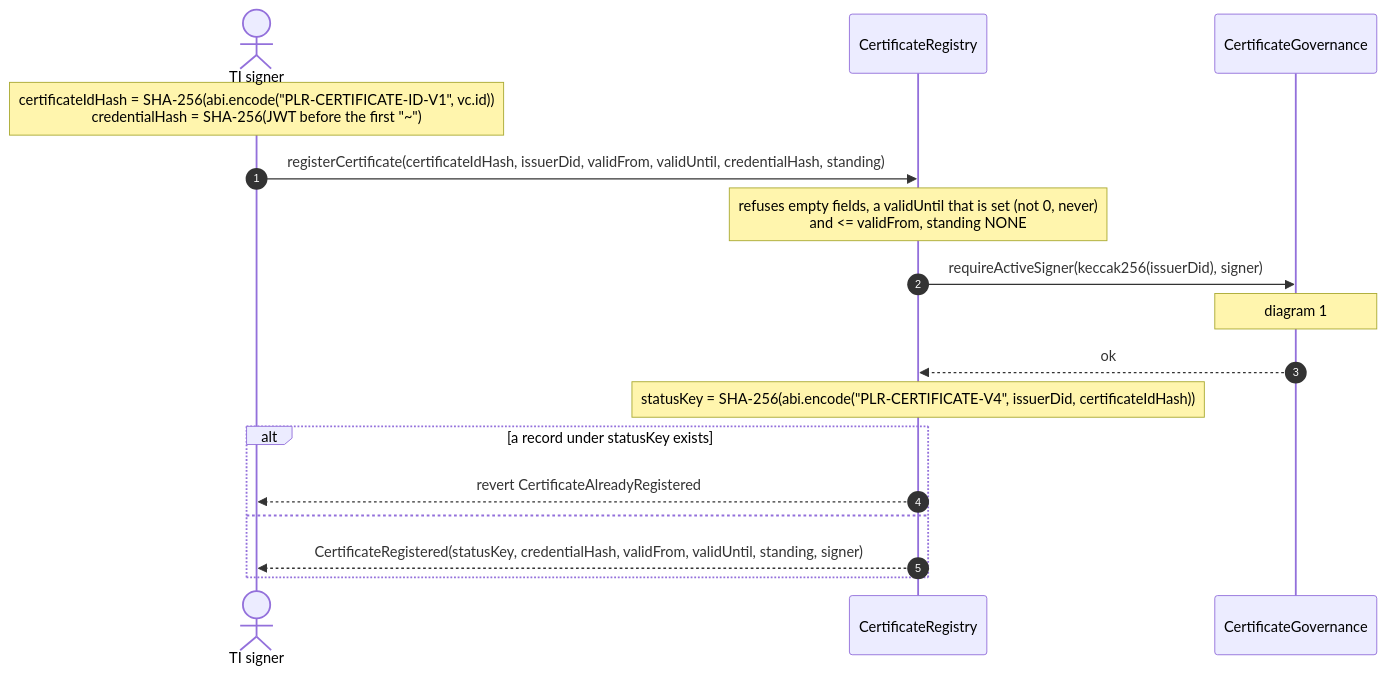
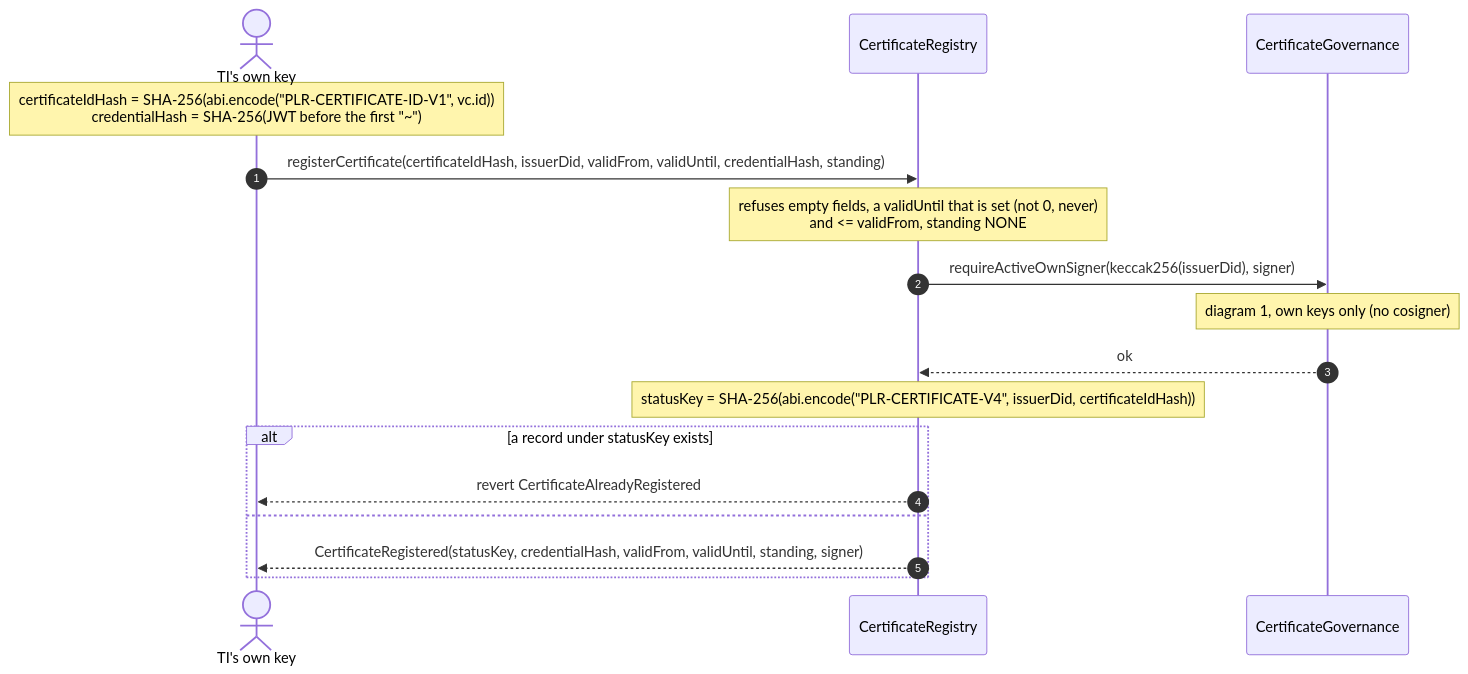
Before and after one commit to fiit-ba/ebsi-licences-for-cybersecurity-managers: the third of 9 diagrams in contracts/docs/sequence-diagrams.md, drawn with Mermaid. The commit also changed other lines of this file and 23 other files, not shown here.

Commit message:
fix: Let only a TI's own keys propose, register and suspend at once

````diff
--- a/contracts/docs/sequence-diagrams.md
+++ b/contracts/docs/sequence-diagrams.md
@@ -129,20 +136,20 @@
 ```mermaid
 sequenceDiagram
     autonumber
-    actor S as TI signer
+    actor S as TI's own key
     participant R as CertificateRegistry
     participant G as CertificateGovernance
 
     Note over S: certificateIdHash = SHA-256(abi.encode("PLR-CERTIFICATE-ID-V1", vc.id))<br/>credentialHash = SHA-256(JWT before the first "~")
     S->>R: registerCertificate(certificateIdHash, issuerDid, validFrom, validUntil, credentialHash, standing)
     Note over R: refuses empty fields, a validUntil that is set (not 0, never)<br/>and <= validFrom, standing NONE
-    R->>G: requireActiveSigner(keccak256(issuerDid), signer)
-    Note over G: diagram 1
+    R->>G: requireActiveOwnSigner(keccak256(issuerDid), signer)
+    Note over G: diagram 1, own keys only (no cosigner)
     G-->>R: ok
     Note over R: statusKey = SHA-256(abi.encode("PLR-CERTIFICATE-V4", issuerDid, certificateIdHash))
     alt a record under statusKey exists
         R-->>S: revert CertificateAlreadyRegistered
     else
         R-->>S: CertificateRegistered(statusKey, credentialHash, validFrom, validUntil, standing, signer)
     end
 ```
````
